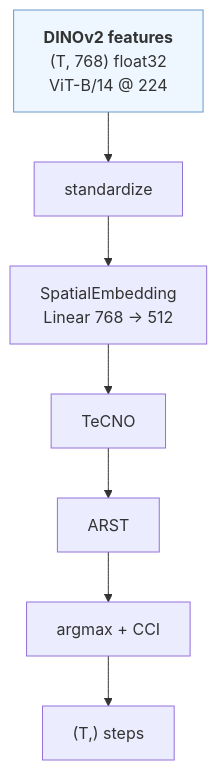
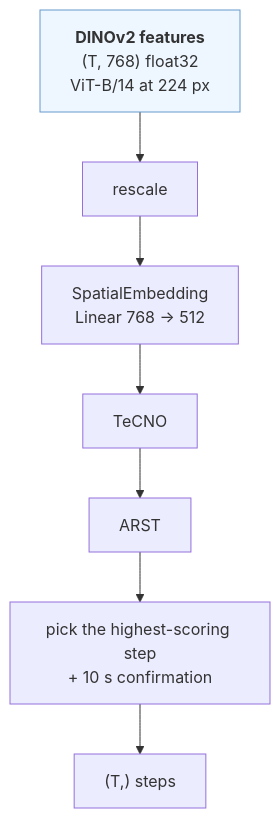
Before and after one commit to wylliamunlimited/pitvis-phase-recognition: the fourth of 4 diagrams in notes/models/step-variants.md, drawn with Mermaid. The commit also changed other lines of this file, not shown here.

First line of the commit message:
docs(step-variants): plain language, same numbers

````diff
--- a/notes/models/step-variants.md
+++ b/notes/models/step-variants.md
@@ -90,8 +110,8 @@
 ```mermaid
 flowchart TD
-    F["<b>DINOv2 features</b><br/>(T, 768) float32<br/>ViT-B/14 @ 224"]
-    STD["standardize"] --> SP["SpatialEmbedding<br/>Linear 768 -> 512"]
-    SP --> TC["TeCNO"] --> AR["ARST"] --> D["argmax + CCI"] --> P["(T,) steps"]
+    F["<b>DINOv2 features</b><br/>(T, 768) float32<br/>ViT-B/14 at 224 px"]
+    STD["rescale"] --> SP["SpatialEmbedding<br/>Linear 768 -> 512"]
+    SP --> TC["TeCNO"] --> AR["ARST"] --> D["pick the highest-scoring step<br/>+ 10 s confirmation"] --> P["(T,) steps"]
     F --> STD
     style F fill:#eef7ff,stroke:#69c
 ```
````
